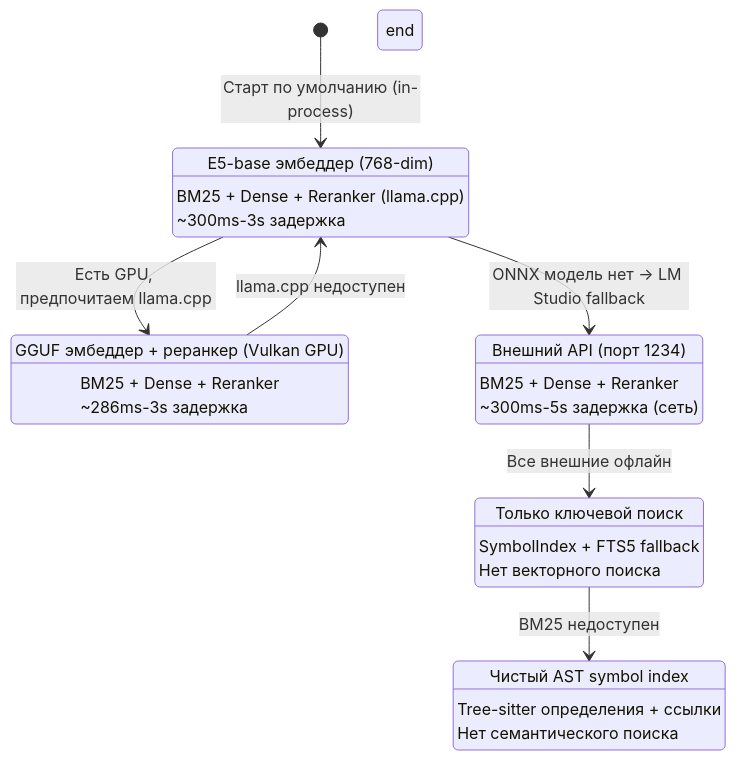
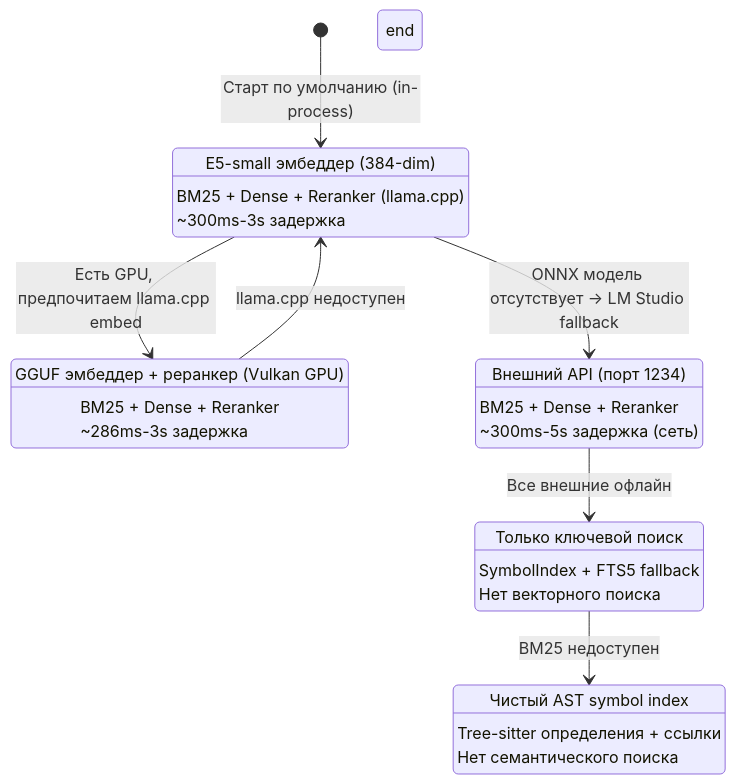
The first of 4 diagrams in docs/ru/GRACEFUL_DEGRADATION.md (ManSio/mscodebase-intelligence), drawn with Mermaid before and after one commit. The commit also changed other lines of this file and 50 other files, not shown here.

````diff
--- a/docs/ru/GRACEFUL_DEGRADATION.md
+++ b/docs/ru/GRACEFUL_DEGRADATION.md
@@ -17,43 +17,43 @@
 ```mermaid
 stateDiagram-v2
     [*] --> L1_ONNX: Старт по умолчанию (in-process)
 
     state L1_ONNX[Уровень 1: ONNX/OpenVINO INT8 (in-process)]
-        L1_ONNX: E5-base эмбеддер (768-dim)
+        L1_ONNX: E5-small эмбеддер (384-dim)
         L1_ONNX: BM25 + Dense + Reranker (llama.cpp)
         L1_ONNX: ~300ms-3s задержка
     end
 
-    L1_ONNX --> L2_GGUF: Есть GPU, предпочитаем llama.cpp
-    L1_ONNX --> L3_LM: ONNX модель нет → LM Studio fallback
+    L1_ONNX --> L2_GGUF: Есть GPU, предпочитаем llama.cpp embed
+    L1_ONNX --> L3_LM: ONNX модель отсутствует → LM Studio fallback
 
     state L2_GGUF[Уровень 2: llama.cpp GGUF (GPU)]
         L2_GGUF: GGUF эмбеддер + реранкер (Vulkan GPU)
         L2_GGUF: BM25 + Dense + Reranker
         L2_GGUF: ~286ms-3s задержка
     end
 
     L2_GGUF --> L1_ONNX: llama.cpp недоступен
 
     state L3_LM[Уровень 3: LM Studio (remote, опц.)]
         L3_LM: Внешний API (порт 1234)
         L3_LM: BM25 + Dense + Reranker
         L3_LM: ~300ms-5s задержка (сеть)
     end
 
     L3_LM --> L4_BM25: Все внешние офлайн
 
     state L4_BM25[Уровень 4: Только BM25]
         L4_BM25: Только ключевой поиск
         L4_BM25: SymbolIndex + FTS5 fallback
         L4_BM25: Нет векторного поиска
     end
 
     L4_BM25 --> L5_SYMBOL: BM25 недоступен
 
     state L5_SYMBOL[Уровень 5: Только SymbolIndex]
         L5_SYMBOL: Чистый AST symbol index
         L5_SYMBOL: Tree-sitter определения + ссылки
         L5_SYMBOL: Нет семантического поиска
     end
 ```
````
